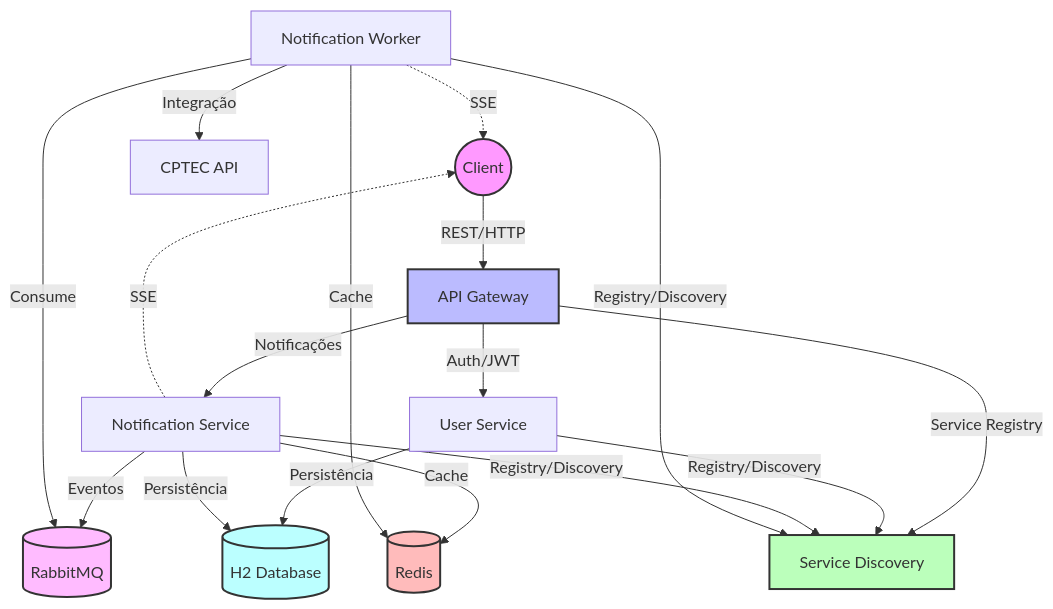
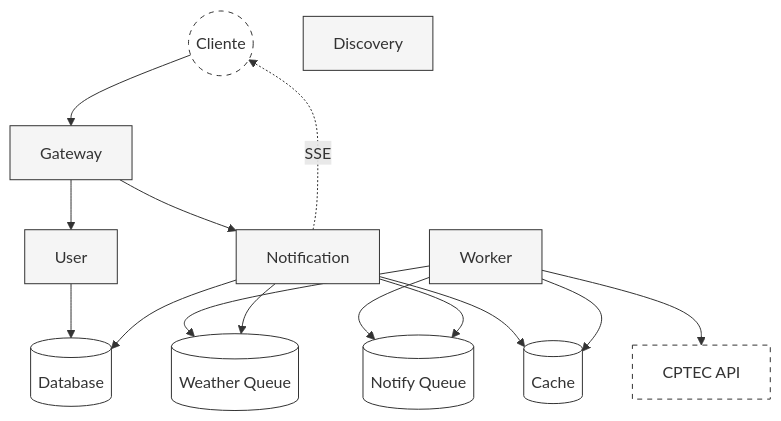
One commit to mistervb/meli-climate-notifications changed the diagram in README.md. Above: the diagram before and after it, drawn with Mermaid.

Commit message:
feature(doc): docs

````diff
--- a/README.md
+++ b/README.md
@@ -31,40 +31,41 @@
 ```mermaid
 graph TB
-    Client((Client))
-    Gateway[API Gateway]
-    User[User Service]
-    Notification[Notification Service]
-    Worker[Notification Worker]
-    Discovery[Service Discovery]
-    MQ[(RabbitMQ)]
-    DB[(H2 Database)]
-    Redis[(Redis)]
+    %% Nós
+    Client((Cliente))
+    Gateway[Gateway]
+    User[User]
+    Notification[Notification]
+    Worker[Worker]
+    Discovery[Discovery]
+    WeatherQ[(Weather Queue)]
+    NotifyQ[(Notify Queue)]
+    Redis[(Cache)]
+    DB[(Database)]
     CPTEC[CPTEC API]
 
-    Client -->|REST/HTTP| Gateway
-    Gateway -->|Auth/JWT| User
-    Gateway -->|Notificações| Notification
-    Gateway -->|Service Registry| Discovery
+    %% Conexões principais
+    Client --> Gateway
+    Gateway --> User & Notification
     
-    User -->|Persistência| DB
-    User -->|Registry/Discovery| Discovery
+    %% Fluxo de processamento climático
+    Worker --> CPTEC
+    Worker --> WeatherQ
+    Notification --> WeatherQ
     
-    Notification -->|Persistência| DB
-    Notification -->|Eventos| MQ
-    Notification -->|Registry/Discovery| Discovery
-    Notification -->|Cache| Redis
+    %% Fluxo de notificações
+    Worker --> NotifyQ
+    Notification --> NotifyQ
     Notification -.->|SSE| Client
+
+    %% Integrações essenciais
+    User & Notification --> DB
+    Notification & Worker --> Redis
+
+    %% Estilo minimalista
+    classDef default fill:#f5f5f5,stroke:#333,stroke-width:1px
+    classDef external fill:#fff,stroke:#333,stroke-width:1px,stroke-dasharray: 5 5
+    classDef storage fill:#fff,stroke:#333,stroke-width:1px
     
-    Worker -->|Consume| MQ
-    Worker -->|Cache| Redis
-    Worker -->|Integração| CPTEC
-    Worker -->|Registry/Discovery| Discovery
-    Worker -.->|SSE| Client
-
-    style Client fill:#f9f,stroke:#333,stroke-width:2px
-    style Gateway fill:#bbf,stroke:#333,stroke-width:2px
-    style Discovery fill:#bfb,stroke:#333,stroke-width:2px
-    style MQ fill:#fbf,stroke:#333,stroke-width:2px
-    style Redis fill:#fbb,stroke:#333,stroke-width:2px
-    style DB fill:#bff,stroke:#333,stroke-width:2px
+    class Client,CPTEC external
+    class WeatherQ,NotifyQ,Redis,DB storage
 ```
````
